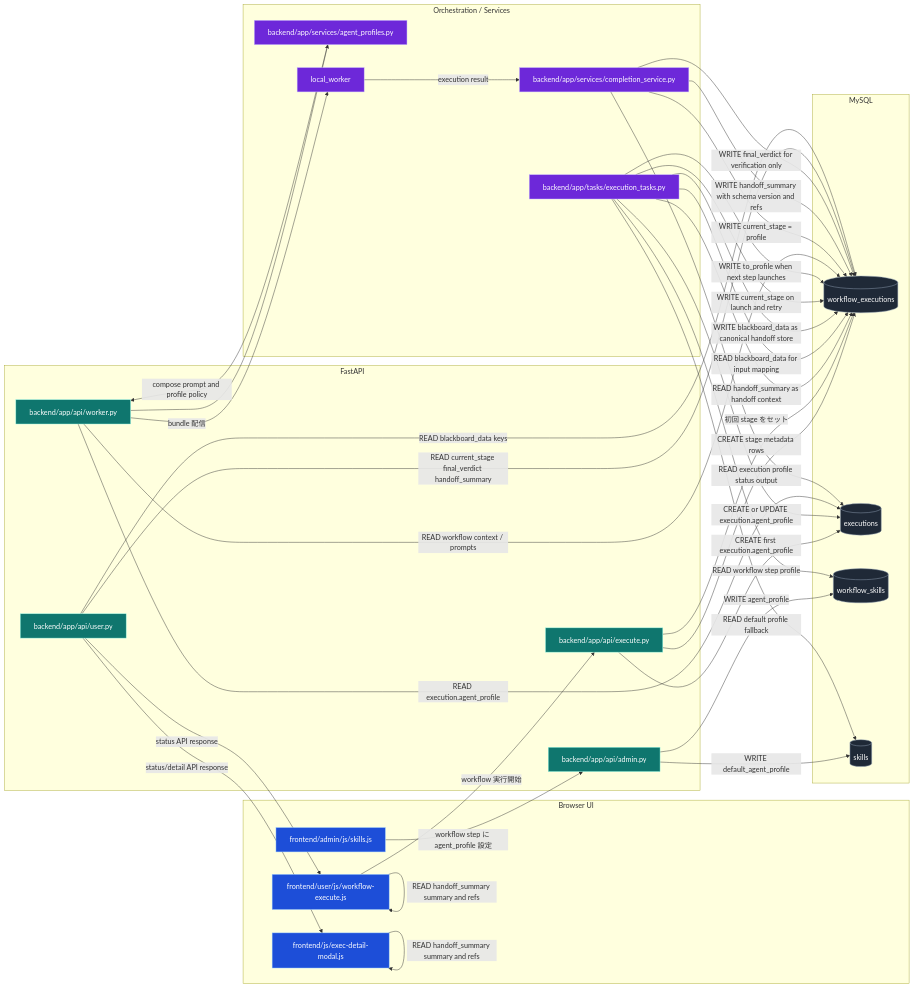
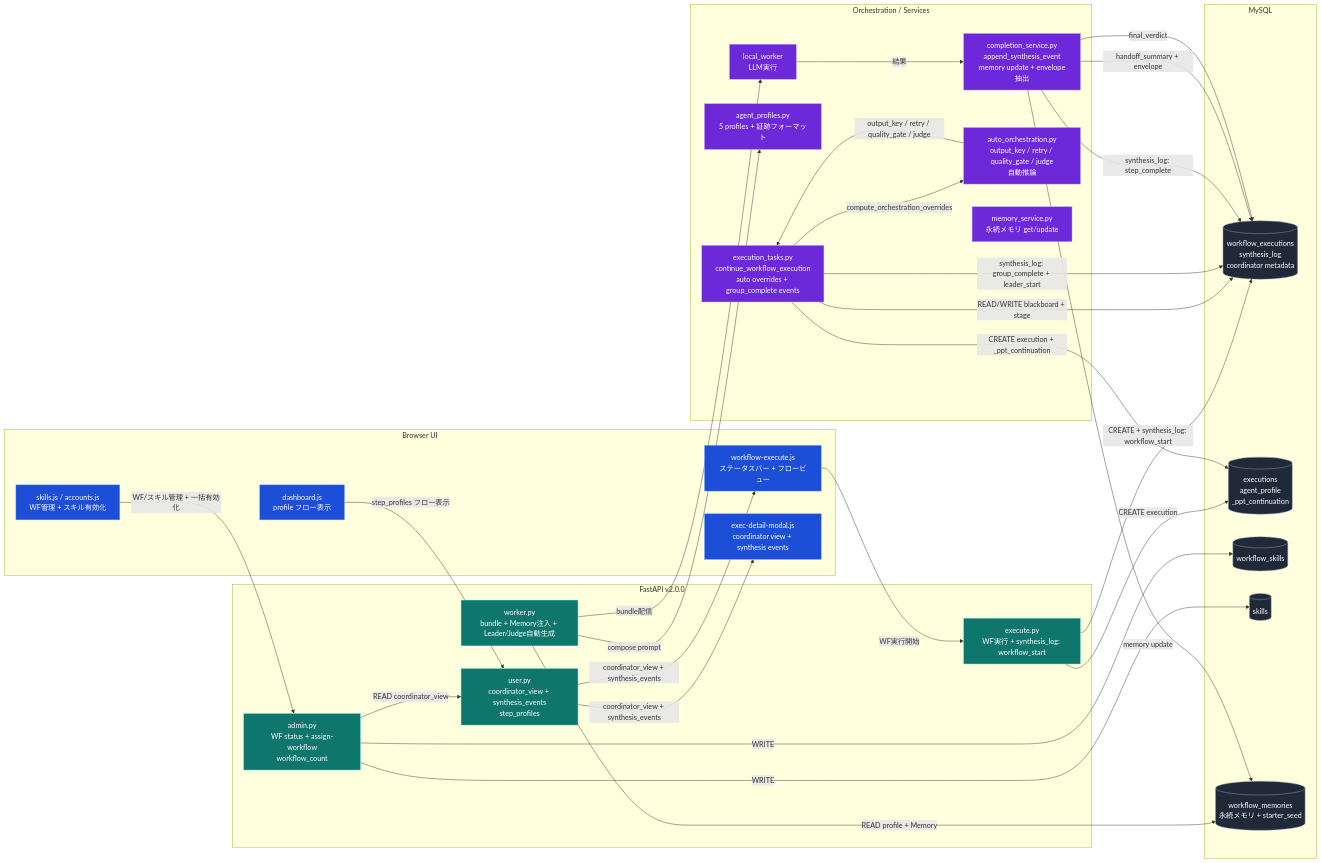
One commit to yushihonda/prompt-provision-tool changed the diagram in docs/diagrams/workflow-stage-dataflow.mmd. Above: the diagram before and after it, drawn with Mermaid. The commit also changed 5 other files, not shown here.

```diff
--- a/docs/diagrams/workflow-stage-dataflow.mmd
+++ b/docs/diagrams/workflow-stage-dataflow.mmd
@@ -1,81 +1,70 @@
 flowchart LR
-  %% Explore -> Plan -> Implement -> Verification retrofit data flow
-
   subgraph UI[Browser UI]
-    EXE_UI[frontend/user/js/workflow-execute.js]
-    MODAL_UI[frontend/js/exec-detail-modal.js]
-    ADMIN_UI[frontend/admin/js/skills.js]
+    EXE_UI[workflow-execute.js<br/>ステータスバー + フロービュー]
+    MODAL_UI[exec-detail-modal.js<br/>coordinator view + synthesis events]
+    DASH_UI[dashboard.js<br/>profile フロー表示]
+    ADMIN_UI[skills.js / accounts.js<br/>WF管理 + スキル有効化]
   end
 
-  subgraph API[FastAPI]
-    EXEC_API[backend/app/api/execute.py]
-    USER_API[backend/app/api/user.py]
-    WORKER_API[backend/app/api/worker.py]
-    ADMIN_API[backend/app/api/admin.py]
+  subgraph API[FastAPI v2.0.0]
+    EXEC_API[execute.py<br/>WF実行 + synthesis_log: workflow_start]
+    USER_API[user.py<br/>coordinator_view + synthesis_events<br/>step_profiles]
+    WORKER_API[worker.py<br/>bundle + Memory注入 + Leader/Judge自動生成]
+    ADMIN_API[admin.py<br/>WF status + assign-workflow<br/>workflow_count]
   end
 
   subgraph ORCH[Orchestration / Services]
-    TASKS[backend/app/tasks/execution_tasks.py]
-    COMPLETE[backend/app/services/completion_service.py]
-    PROFILE[backend/app/services/agent_profiles.py]
-    WORKER[local_worker]
+    TASKS[execution_tasks.py<br/>continue_workflow_execution<br/>auto overrides + group_complete events]
+    COMPLETE[completion_service.py<br/>append_synthesis_event<br/>memory update + envelope抽出]
+    AUTO[auto_orchestration.py<br/>output_key / retry / quality_gate / judge<br/>自動推論]
+    MEMORY[memory_service.py<br/>永続メモリ get/update]
+    PROFILE[agent_profiles.py<br/>5 profiles + 証跡フォーマット]
+    WORKER[local_worker<br/>LLM実行]
   end
 
   subgraph DB[MySQL]
-    WF_EXEC[(workflow_executions)]
-    EXEC[(executions)]
+    WF_EXEC[(workflow_executions<br/>synthesis_log<br/>coordinator metadata)]
+    EXEC[(executions<br/>agent_profile<br/>_ppt_continuation)]
     WF_SKILL[(workflow_skills)]
     SKILL[(skills)]
+    WF_MEM[(workflow_memories<br/>永続メモリ + starter_seed)]
   end
 
-  ADMIN_UI -->|workflow step に agent_profile 設定| ADMIN_API
-  ADMIN_API -->|WRITE default_agent_profile| SKILL
-  ADMIN_API -->|WRITE agent_profile| WF_SKILL
+  ADMIN_UI -->|WF/スキル管理 + 一括有効化| ADMIN_API
+  ADMIN_API -->|WRITE| SKILL
+  ADMIN_API -->|WRITE| WF_SKILL
+  ADMIN_API -->|READ coordinator_view| USER_API
 
-  EXE_UI -->|workflow 実行開始| EXEC_API
-  EXEC_API -->|CREATE stage metadata rows| WF_EXEC
-  EXEC_API -->|CREATE first execution.agent_profile| EXEC
-  EXEC_API -->|初回 stage をセット| WF_EXEC
+  DASH_UI -->|step_profiles フロー表示| USER_API
+  EXE_UI -->|WF実行開始| EXEC_API
+  EXEC_API -->|CREATE + synthesis_log: workflow_start| WF_EXEC
+  EXEC_API -->|CREATE execution| EXEC
 
-  TASKS -->|READ workflow step profile| WF_SKILL
-  TASKS -->|READ default profile fallback| SKILL
-  TASKS -->|READ handoff_summary as handoff context| WF_EXEC
-  TASKS -->|READ blackboard_data for input mapping| WF_EXEC
-  TASKS -->|WRITE blackboard_data as canonical handoff store| WF_EXEC
-  TASKS -->|WRITE current_stage on launch and retry| WF_EXEC
-  TASKS -->|WRITE to_profile when next step launches| WF_EXEC
-  TASKS -->|CREATE or UPDATE execution.agent_profile| EXEC
+  TASKS -->|compute_orchestration_overrides| AUTO
+  AUTO -->|output_key / retry / quality_gate / judge| TASKS
+  TASKS -->|READ/WRITE blackboard + stage| WF_EXEC
+  TASKS -->|synthesis_log: group_complete + leader_start| WF_EXEC
+  TASKS -->|CREATE execution + _ppt_continuation| EXEC
 
-  WORKER_API -->|READ execution.agent_profile| EXEC
-  WORKER_API -->|READ workflow context / prompts| WF_EXEC
-  WORKER_API --> PROFILE
-  PROFILE -->|compose prompt and profile policy| WORKER_API
-  WORKER_API -->|bundle 配信| WORKER
+  WORKER_API -->|READ profile + Memory| WF_MEM
+  WORKER_API -->|compose prompt| PROFILE
+  WORKER_API -->|bundle配信| WORKER
 
-  WORKER -->|execution result| COMPLETE
-  COMPLETE -->|READ execution profile status output| EXEC
-  COMPLETE -->|WRITE current_stage = profile| WF_EXEC
-  COMPLETE -->|WRITE handoff_summary with schema version and refs| WF_EXEC
-  COMPLETE -->|WRITE final_verdict for verification only| WF_EXEC
+  WORKER -->|結果| COMPLETE
+  COMPLETE -->|synthesis_log: step_complete| WF_EXEC
+  COMPLETE -->|memory update| WF_MEM
+  COMPLETE -->|handoff_summary + envelope| WF_EXEC
+  COMPLETE -->|final_verdict| WF_EXEC
 
-  USER_API -->|READ current_stage final_verdict handoff_summary| WF_EXEC
-  USER_API -->|READ blackboard_data keys| WF_EXEC
-  USER_API -->|status API response| EXE_UI
-  USER_API -->|status/detail API response| MODAL_UI
-
-  EXE_UI -->|READ current_stage| EXE_UI
-  EXE_UI -->|READ final_verdict| EXE_UI
-  EXE_UI -->|READ handoff_summary summary and refs| EXE_UI
-  MODAL_UI -->|READ current_stage| MODAL_UI
-  MODAL_UI -->|READ final_verdict| MODAL_UI
-  MODAL_UI -->|READ handoff_summary summary and refs| MODAL_UI
+  USER_API -->|coordinator_view + synthesis_events| EXE_UI
+  USER_API -->|coordinator_view + synthesis_events| MODAL_UI
 
   classDef db fill:#1f2937,stroke:#94a3b8,color:#fff;
   classDef api fill:#0f766e,stroke:#99f6e4,color:#fff;
   classDef ui fill:#1d4ed8,stroke:#93c5fd,color:#fff;
   classDef svc fill:#6d28d9,stroke:#c4b5fd,color:#fff;
 
-  class WF_EXEC,EXEC,WF_SKILL,SKILL db;
+  class WF_EXEC,EXEC,WF_SKILL,SKILL,WF_MEM db;
   class EXEC_API,USER_API,WORKER_API,ADMIN_API api;
-  class EXE_UI,MODAL_UI,ADMIN_UI ui;
-  class TASKS,COMPLETE,PROFILE,WORKER svc;
+  class EXE_UI,MODAL_UI,DASH_UI,ADMIN_UI ui;
+  class TASKS,COMPLETE,AUTO,MEMORY,PROFILE,WORKER svc;
```
